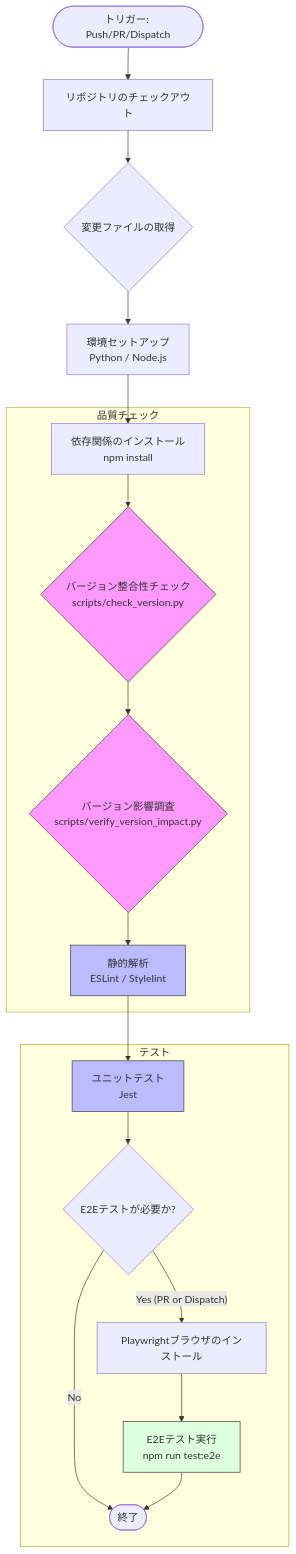
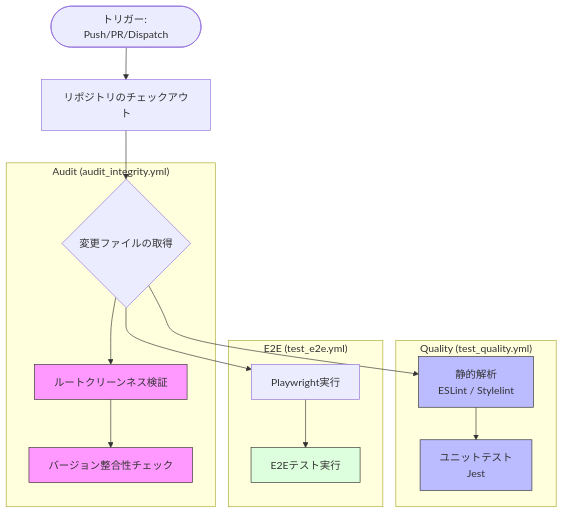
The first of 2 diagrams in docs/README_ACTIONS.md (masanori-satake/QuickLog-Solo), drawn with Mermaid before and after one commit. The commit also changed other lines of this file and 11 other files, not shown here.

````diff
--- a/docs/README_ACTIONS.md
+++ b/docs/README_ACTIONS.md
@@ -63,29 +67,26 @@
 ```mermaid
 graph TD
     Start([トリガー: Push/PR/Dispatch]) --> Checkout[リポジトリのチェックアウト]
     Checkout --> GetChanged{変更ファイルの取得}
 
-    GetChanged --> Setup[環境セットアップ<br/>Python / Node.js]
-    Setup --> Install[依存関係のインストール<br/>npm install]
-
-    subgraph "品質チェック"
-        Install --> VerCheck{バージョン整合性チェック<br/>scripts/check_version.py}
-        VerCheck --> VerImpact{バージョン影響調査<br/>scripts/verify_version_impact.py}
-        VerImpact --> Lint[静的解析<br/>ESLint / Stylelint]
+    subgraph "Audit (audit_integrity.yml)"
+        GetChanged --> CleanCheck[ルートクリーンネス検証]
+        CleanCheck --> VerCheck[バージョン整合性チェック]
     end
 
-    subgraph "テスト"
+    subgraph "Quality (test_quality.yml)"
+        GetChanged --> Lint[静的解析<br/>ESLint / Stylelint]
         Lint --> UnitTests[ユニットテスト<br/>Jest]
-        UnitTests --> E2E{E2Eテストが必要か?}
-        E2E -- Yes (PR or Dispatch) --> Playwright[Playwrightブラウザのインストール]
-        Playwright --> RunE2E[E2Eテスト実行<br/>npm run test:e2e]
-        E2E -- No --> End([終了])
-        RunE2E --> End
     end
 
+    subgraph "E2E (test_e2e.yml)"
+        GetChanged --> Playwright[Playwright実行]
+        Playwright --> RunE2E[E2Eテスト実行]
+    end
+
+    style CleanCheck fill:#f9f,stroke:#333
     style VerCheck fill:#f9f,stroke:#333
-    style VerImpact fill:#f9f,stroke:#333
     style Lint fill:#bbf,stroke:#333
     style UnitTests fill:#bbf,stroke:#333
     style RunE2E fill:#dfd,stroke:#333
 ```
````
